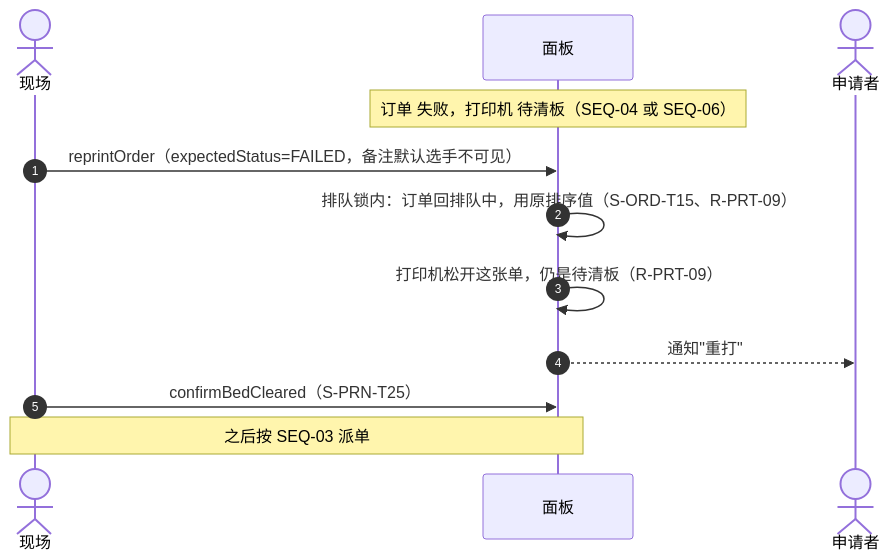
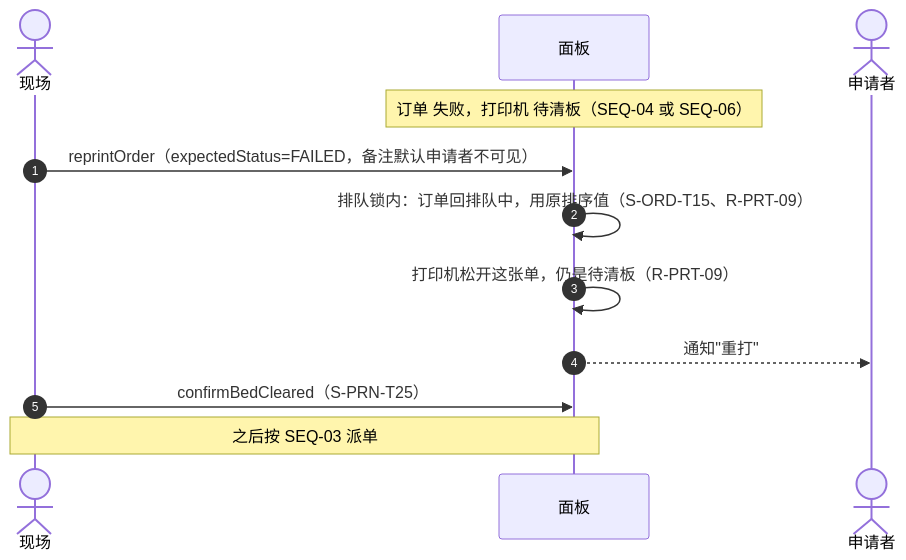
One commit to PlateRelay/PlateRelay changed the eighth of 11 diagrams in docs/design/03-sequences.md. Above: the diagram before and after it, drawn with Mermaid. The commit also changed other lines of this file and 10 other files, not shown here.

````diff
--- a/docs/design/03-sequences.md
+++ b/docs/design/03-sequences.md
@@ -337,14 +337,14 @@
 ```mermaid
 sequenceDiagram
   autonumber
   actor S as 现场
   participant P as 面板
   actor A as 申请者
   Note over P: 订单 失败，打印机 待清板（SEQ-04 或 SEQ-06）
-  S->>P: reprintOrder（expectedStatus=FAILED，备注默认选手不可见）
+  S->>P: reprintOrder（expectedStatus=FAILED，备注默认申请者不可见）
   P->>P: 排队锁内：订单回排队中，用原排序值（S-ORD-T15、R-PRT-09）
   P->>P: 打印机松开这张单，仍是待清板（R-PRT-09）
   P-->>A: 通知"重打"
   S->>P: confirmBedCleared（S-PRN-T25）
   Note over S,P: 之后按 SEQ-03 派单
 ```
````
